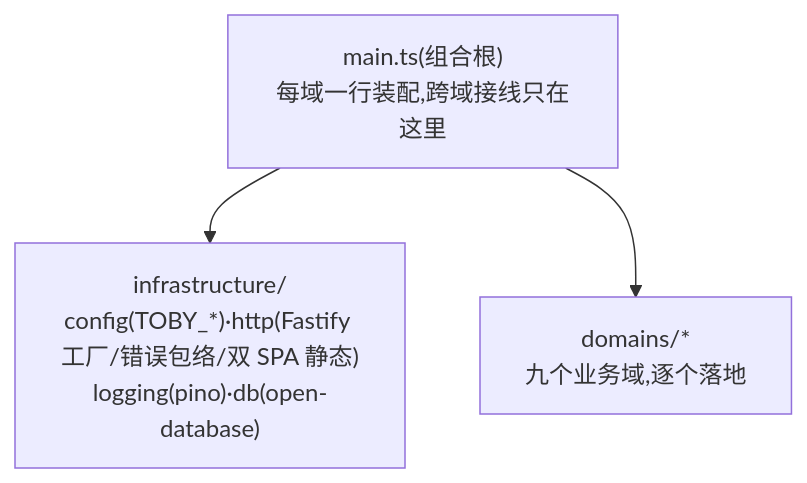
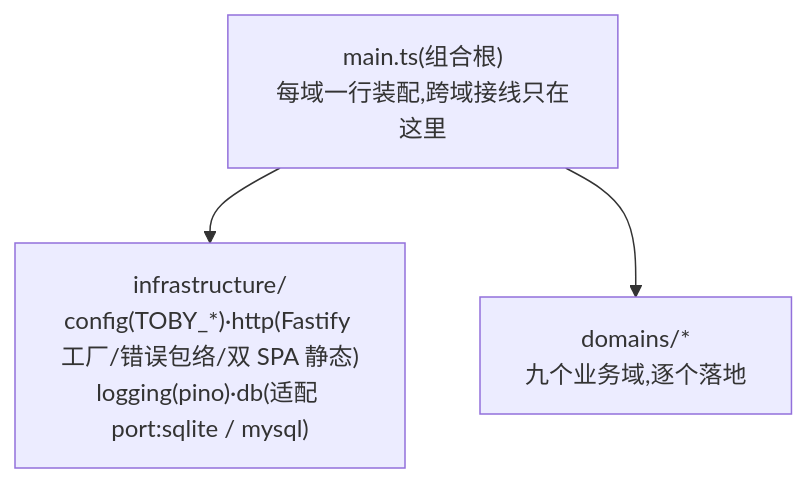
Before and after one commit to dengyusys/toby: the third of 3 diagrams in docs/system-overview.zh.md, drawn with Mermaid. The commit also changed other lines of this file and 28 other files, not shown here.

Commit message:
feat(server): database port with sqlite and mysql adapters

````diff
--- a/docs/system-overview.zh.md
+++ b/docs/system-overview.zh.md
@@ -127,8 +127,8 @@
 ```mermaid
 flowchart TB
     BOOT["main.ts(组合根)<br/>每域一行装配,跨域接线只在这里"]
-    INFRA["infrastructure/<br/>config(TOBY_*)·http(Fastify 工厂/错误包络/双 SPA 静态)<br/>logging(pino)·db(open-database)"]
+    INFRA["infrastructure/<br/>config(TOBY_*)·http(Fastify 工厂/错误包络/双 SPA 静态)<br/>logging(pino)·db(适配 port:sqlite / mysql)"]
     DOM["domains/*<br/>九个业务域,逐个落地"]
     BOOT --> INFRA
     BOOT --> DOM
 ```
````
